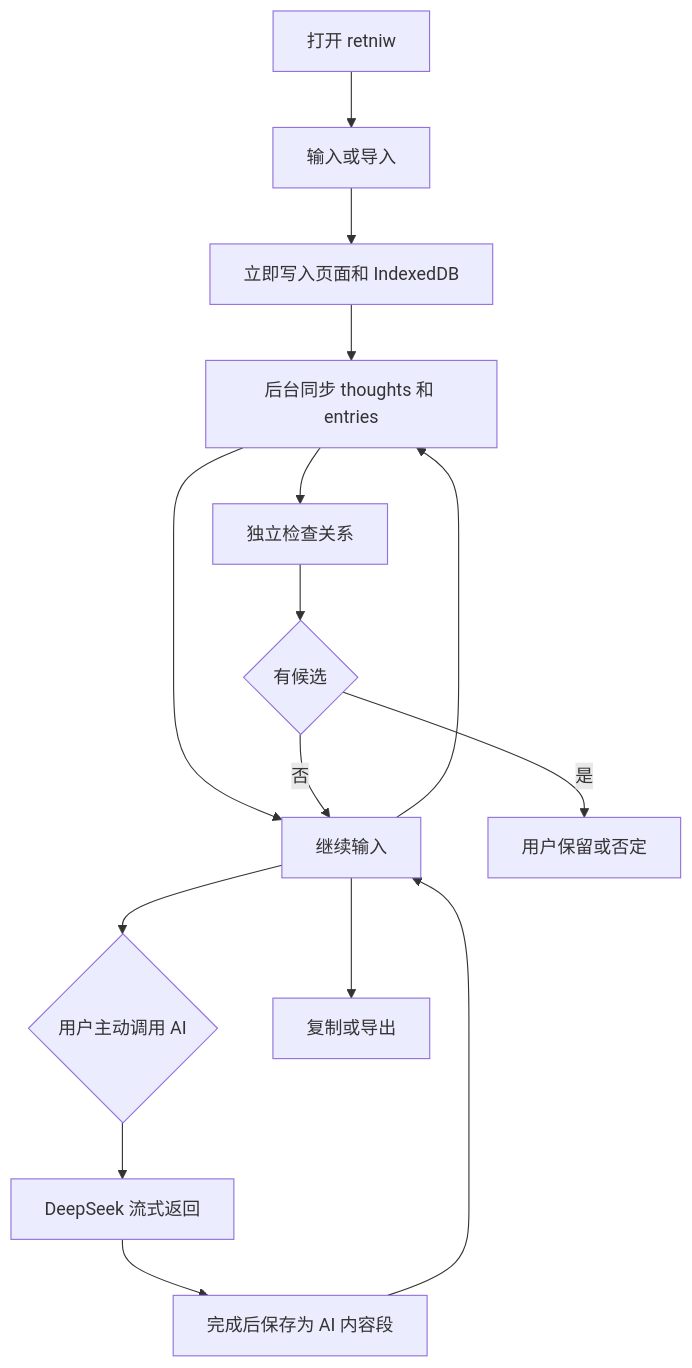
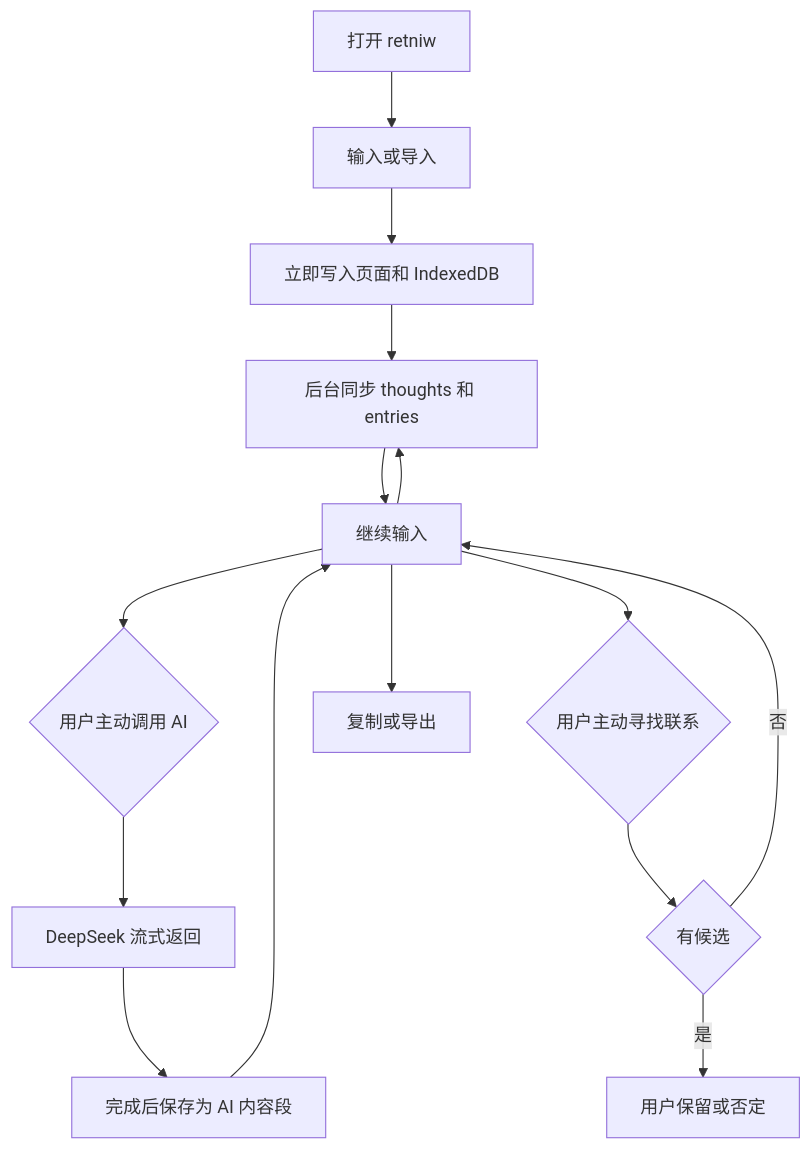
Before and after one commit to lazytsuki/retniw: the diagram in TECH-DESIGN.md, drawn with Mermaid. The commit also changed other lines of this file and 35 other files, not shown here.

````diff
--- a/TECH-DESIGN.md
+++ b/TECH-DESIGN.md
@@ -39,17 +45,17 @@
 ```mermaid
 flowchart TD
     A[打开 retniw] --> B[输入或导入]
     B --> C[立即写入页面和 IndexedDB]
     C --> D[后台同步 thoughts 和 entries]
     D --> E[继续输入]
-    D --> F[独立检查关系]
     E --> D
     E --> G{用户主动调用 AI}
     G --> H[DeepSeek 流式返回]
     H --> I[完成后保存为 AI 内容段]
     I --> E
+    E --> F{用户主动寻找联系}
     F --> J{有候选}
     J -->|是| K[用户保留或否定]
     J -->|否| E
     E --> L[复制或导出]
 ```
````
